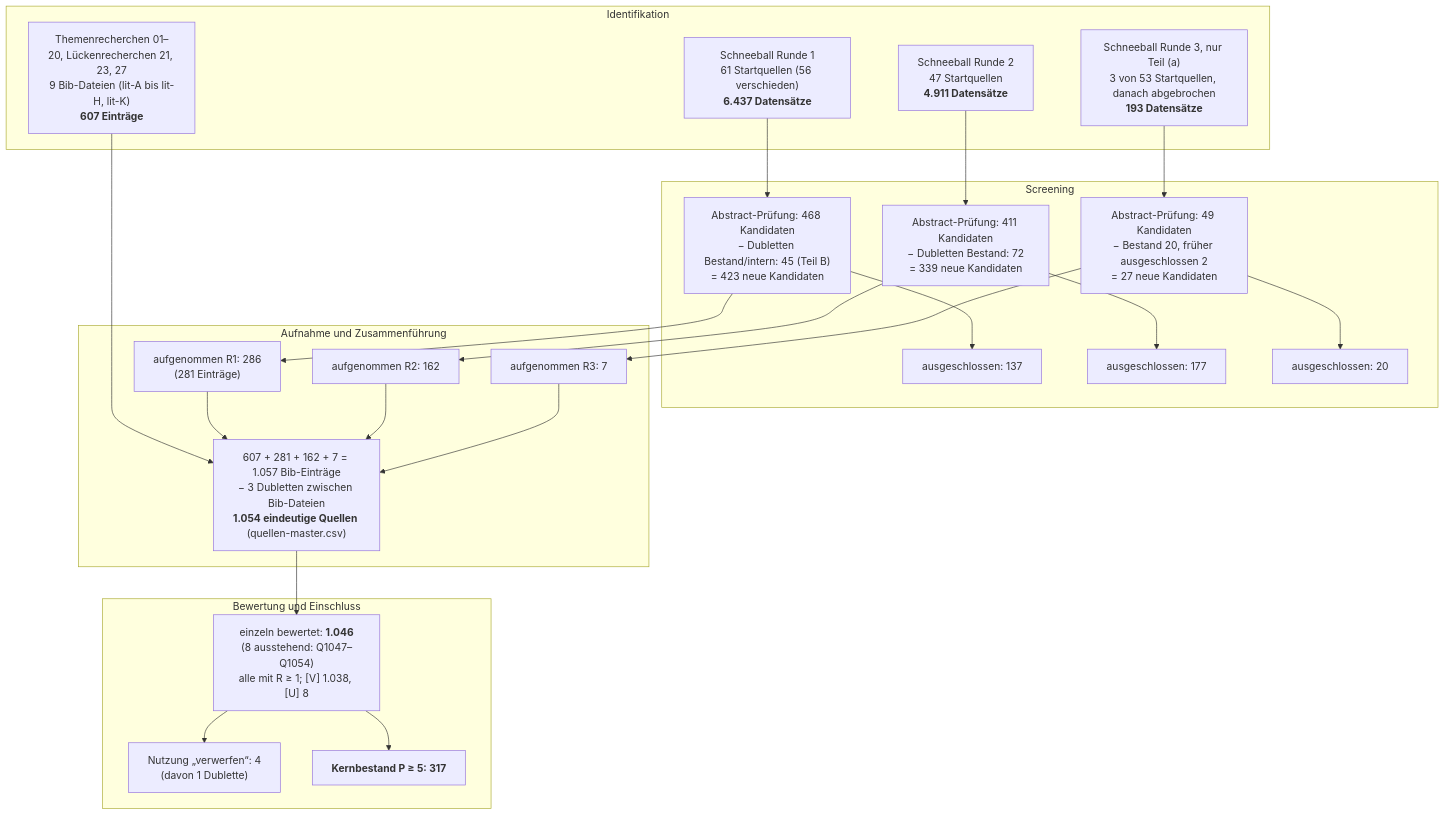
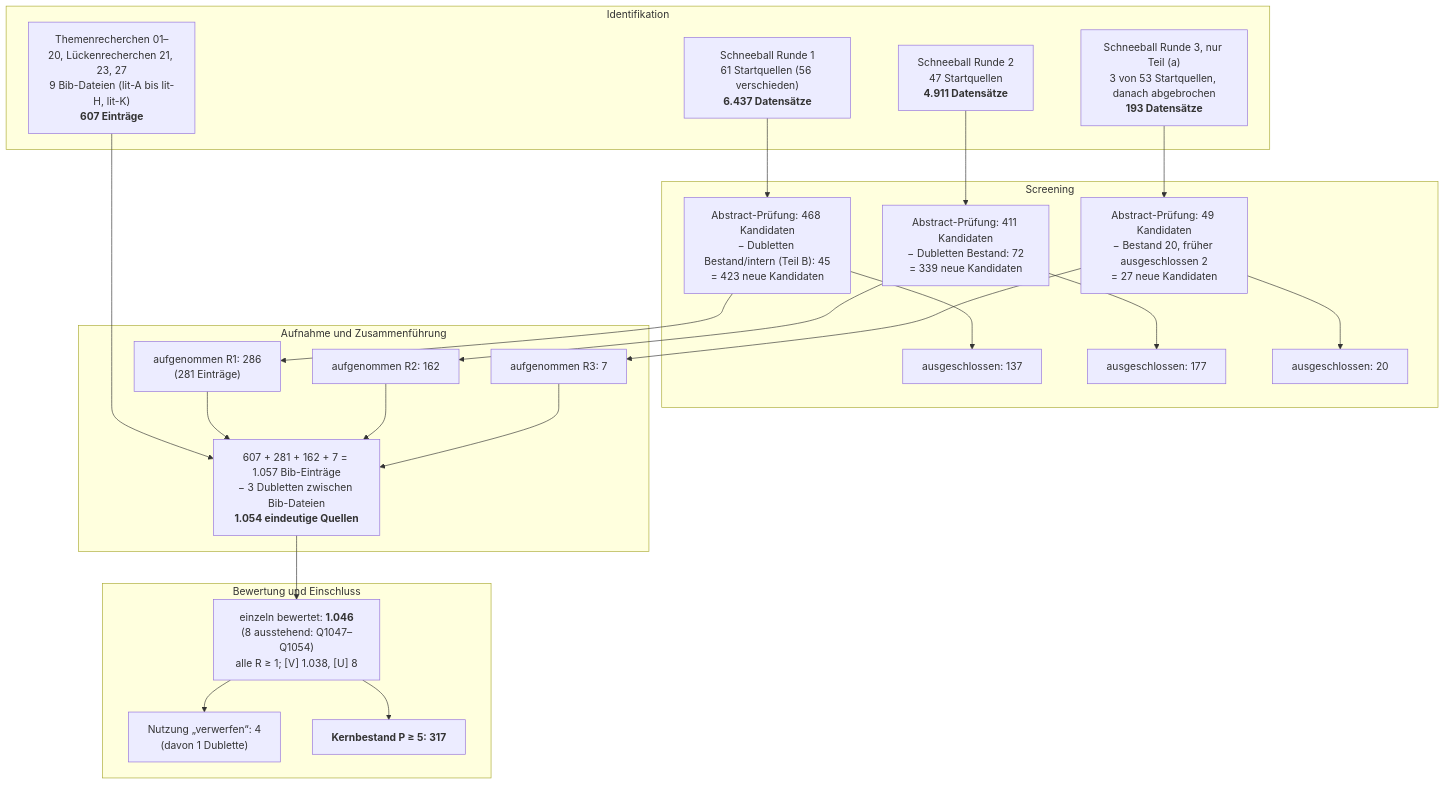
One commit to marifl/roundtable changed the diagram in docs/holzbau/arbeit/02-forschungsdesign.md. Above: the diagram before and after it, drawn with Mermaid. The commit also changed other lines of this file and 11 other files, not shown here.

First line of the commit message:
docs(holzbau): Kapitel 1 Einleitung und 2 Forschungsdesign; Quellen fuer Kap. 7a ergaenzt (lit-M, 13 Eintraege, bewertet); Beispiel Walmdach als B21

````diff
--- a/docs/holzbau/arbeit/02-forschungsdesign.md
+++ b/docs/holzbau/arbeit/02-forschungsdesign.md
@@ -319,41 +266,41 @@
 ```mermaid
 flowchart TD
   subgraph ID["Identifikation"]
     T["Themenrecherchen 01–20, Lückenrecherchen 21, 23, 27<br/>9 Bib-Dateien (lit-A bis lit-H, lit-K)<br/><b>607 Einträge</b>"]
     R1["Schneeball Runde 1<br/>61 Startquellen (56 verschieden)<br/><b>6.437 Datensätze</b>"]
     R2["Schneeball Runde 2<br/>47 Startquellen<br/><b>4.911 Datensätze</b>"]
     R3["Schneeball Runde 3, nur Teil (a)<br/>3 von 53 Startquellen, danach abgebrochen<br/><b>193 Datensätze</b>"]
   end
   subgraph SC["Screening"]
-    K1["Abstract-Prüfung: 468 Kandidaten<br/>− Dubletten Bestand/intern: 45 (Teil B)<br/>= 423 neue Kandidaten"]
+    K1["Abstract-Prüfung: 468 Kandidaten<br/>− Dubletten Bestand/intern (Teil B): 45<br/>= 423 neue Kandidaten"]
     K2["Abstract-Prüfung: 411 Kandidaten<br/>− Dubletten Bestand: 72<br/>= 339 neue Kandidaten"]
     K3["Abstract-Prüfung: 49 Kandidaten<br/>− Bestand 20, früher ausgeschlossen 2<br/>= 27 neue Kandidaten"]
     X1["ausgeschlossen: 137"]
     X2["ausgeschlossen: 177"]
     X3["ausgeschlossen: 20"]
   end
   subgraph EL["Aufnahme und Zusammenführung"]
     A1["aufgenommen R1: 286<br/>(281 Einträge)"]
     A2["aufgenommen R2: 162"]
     A3["aufgenommen R3: 7"]
-    M["607 + 281 + 162 + 7 = 1.057 Bib-Einträge<br/>− 3 Dubletten zwischen Bib-Dateien<br/><b>1.054 eindeutige Quellen</b> (quellen-master.csv)"]
+    M["607 + 281 + 162 + 7 = 1.057 Bib-Einträge<br/>− 3 Dubletten zwischen Bib-Dateien<br/><b>1.054 eindeutige Quellen</b>"]
   end
   subgraph IN["Bewertung und Einschluss"]
-    B["einzeln bewertet: <b>1.046</b><br/>(8 ausstehend: Q1047–Q1054)<br/>alle mit R ≥ 1; [V] 1.038, [U] 8"]
+    B["einzeln bewertet: <b>1.046</b><br/>(8 ausstehend: Q1047–Q1054)<br/>alle R ≥ 1; [V] 1.038, [U] 8"]
     V["Nutzung „verwerfen“: 4<br/>(davon 1 Dublette)"]
     C["<b>Kernbestand P ≥ 5: 317</b>"]
   end
   R1 --> K1 --> A1
   K1 --> X1
   R2 --> K2 --> A2
   K2 --> X2
   R3 --> K3 --> A3
   K3 --> X3
   T --> M
   A1 --> M
   A2 --> M
   A3 --> M
   M --> B
   B --> V
   B --> C
 ```
````
